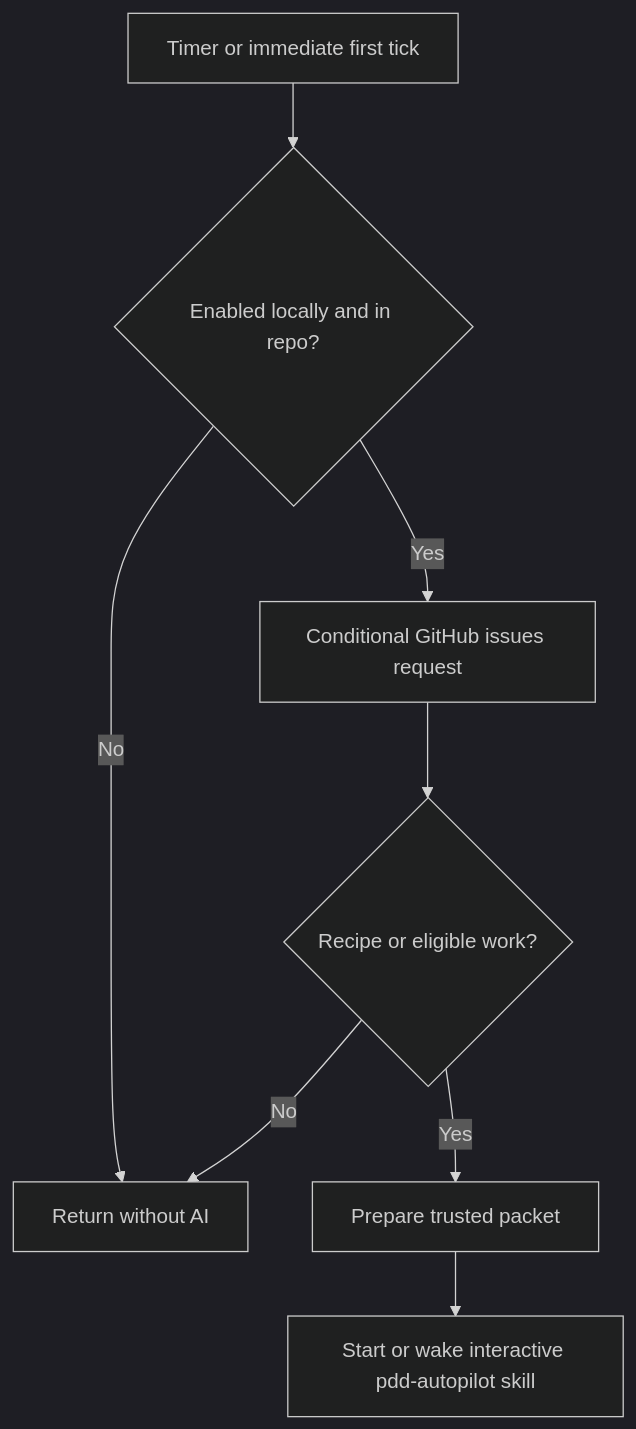
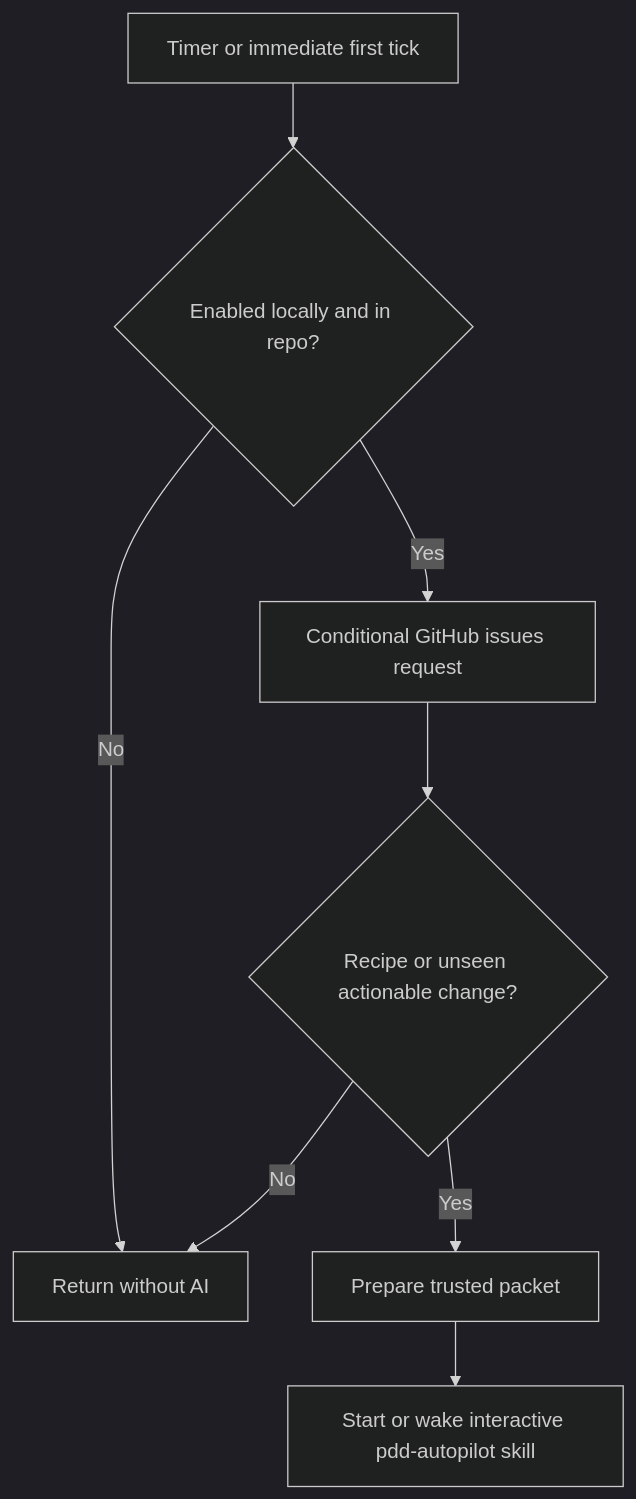
Before and after one commit to promptdriven/pdd: the diagram in prompts/cli/autopilot-launcher.prompt.md, drawn with Mermaid (dark theme). The commit also changed other lines of this file and 3 other files, not shown here.

Commit message:
fix: wake Autopilot only for unseen trusted work

````diff
--- a/prompts/cli/autopilot-launcher.prompt.md
+++ b/prompts/cli/autopilot-launcher.prompt.md
@@ -64,10 +72,10 @@
 ```mermaid
 flowchart TD
     T[Timer or immediate first tick] --> S{Enabled locally and in repo?}
     S -->|No| E[Return without AI]
     S -->|Yes| Q[Conditional GitHub issues request]
-    Q --> W{Recipe or eligible work?}
+    Q --> W{Recipe or unseen actionable change?}
     W -->|No| E
     W -->|Yes| P[Prepare trusted packet]
     P --> A[Start or wake interactive pdd-autopilot skill]
 ```
````
